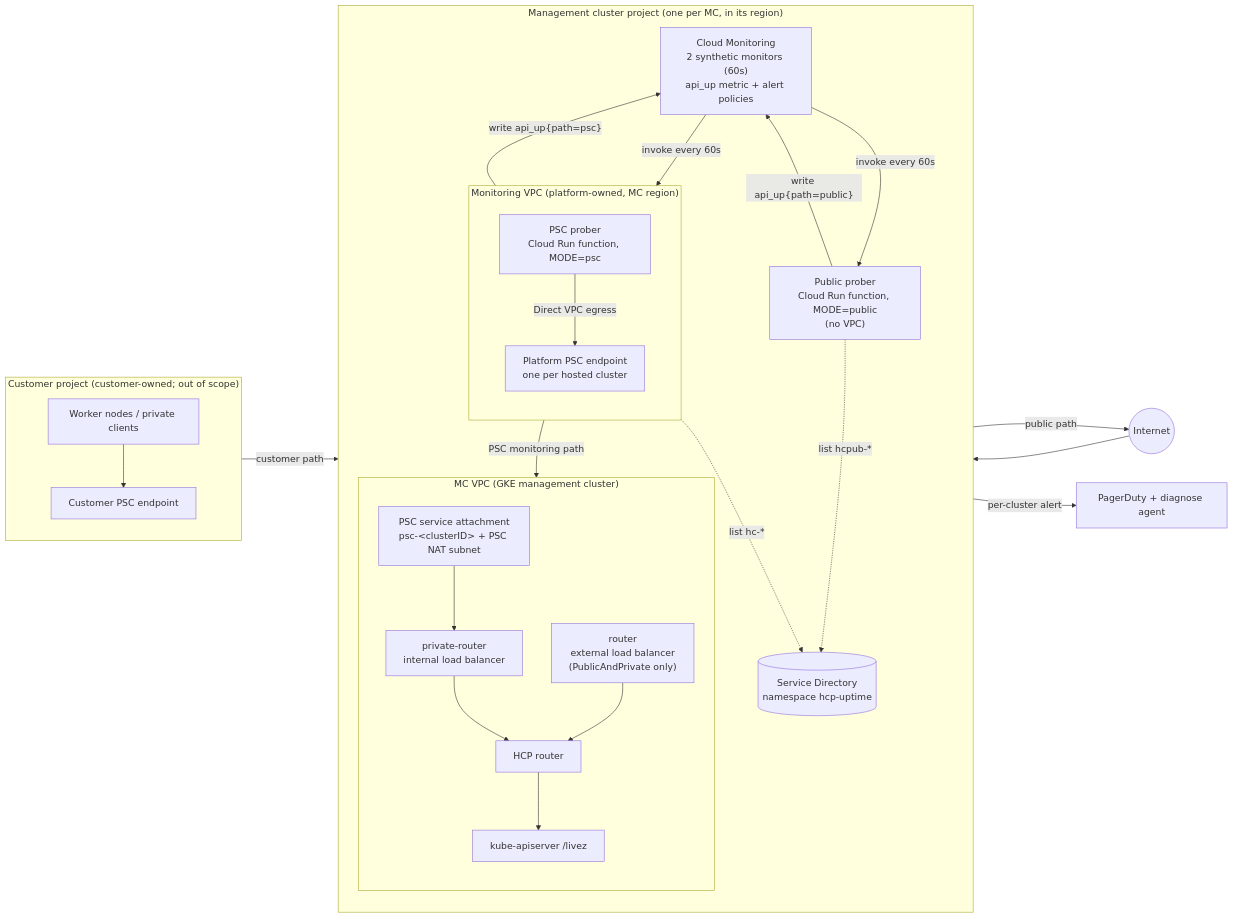
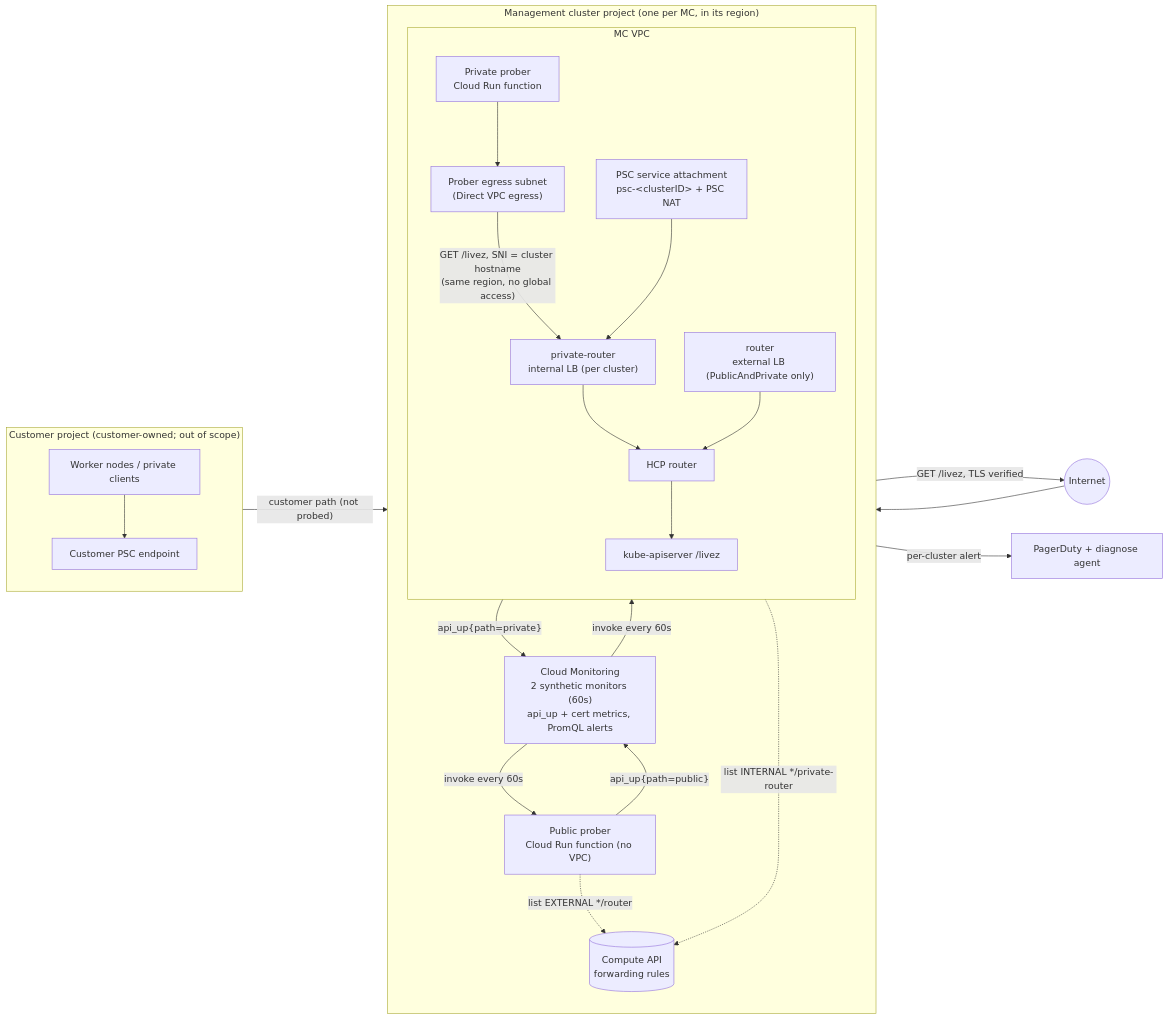
One commit to openshift-online/gcp-hcp changed the first of 2 diagrams in design-decisions/observability/hosted-cluster-api-synthetic-monitoring.md. Above: the diagram before and after it, drawn with Mermaid. The commit also changed other lines of this file and 1 other file, not shown here.

First line of the commit message:
docs(design): select load-balancer-direct probing (GCP-346)

````diff
--- a/design-decisions/observability/hosted-cluster-api-synthetic-monitoring.md
+++ b/design-decisions/observability/hosted-cluster-api-synthetic-monitoring.md
@@ -69,47 +61,43 @@
 ```mermaid
 flowchart LR
     subgraph CUST["Customer project (customer-owned; out of scope)"]
         direction TB
         NODES["Worker nodes / private clients"]
         CEP["Customer PSC endpoint"]
         NODES --> CEP
     end
 
     subgraph MC["Management cluster project (one per MC, in its region)"]
         direction TB
-        subgraph MON["Monitoring VPC (platform-owned, MC region)"]
+        subgraph MCVPC["MC VPC"]
             direction TB
-            PSCFN["PSC prober<br/>Cloud Run function, MODE=psc"]
-            MEP["Platform PSC endpoint<br/>one per hosted cluster"]
-            PSCFN -- "Direct VPC egress" --> MEP
-        end
-        subgraph MCVPC["MC VPC (GKE management cluster)"]
-            direction TB
-            SA["PSC service attachment<br/>psc-&lt;clusterID&gt; + PSC NAT subnet"]
-            ILB["private-router<br/>internal load balancer"]
-            ELB["router<br/>external load balancer<br/>(PublicAndPrivate only)"]
+            EGR["Prober egress subnet<br/>(Direct VPC egress)"]
+            PRIVFN["Private prober<br/>Cloud Run function"]
+            SA["PSC service attachment<br/>psc-&lt;clusterID&gt; + PSC NAT"]
+            ILB["private-router<br/>internal LB (per cluster)"]
+            ELB["router<br/>external LB (PublicAndPrivate only)"]
             RTR["HCP router"]
             KAS["kube-apiserver /livez"]
+            PRIVFN --> EGR
+            EGR -- "GET /livez, SNI = cluster hostname<br/>(same region, no global access)" --> ILB
             SA --> ILB --> RTR --> KAS
             ELB --> RTR
         end
-        PUBFN["Public prober<br/>Cloud Run function, MODE=public<br/>(no VPC)"]
-        SD[("Service Directory<br/>namespace hcp-uptime")]
-        CM["Cloud Monitoring<br/>2 synthetic monitors (60s)<br/>api_up metric + alert policies"]
+        PUBFN["Public prober<br/>Cloud Run function (no VPC)"]
+        FR[("Compute API<br/>forwarding rules")]
+        CM["Cloud Monitoring<br/>2 synthetic monitors (60s)<br/>api_up + cert metrics, PromQL alerts"]
     end
 
     INTERNET(("Internet"))
     PD["PagerDuty + diagnose agent"]
 
-    CEP -- "customer path" --> SA
-    MEP -- "PSC monitoring path" --> SA
-    PUBFN -- "public path" --> INTERNET --> ELB
-
-    CM -- "invoke every 60s" --> PSCFN
+    CEP -- "customer path (not probed)" --> SA
+    PUBFN -- "GET /livez, TLS verified" --> INTERNET --> ELB
+    CM -- "invoke every 60s" --> PRIVFN
     CM -- "invoke every 60s" --> PUBFN
-    PSCFN -. "list hc-*" .-> SD
-    PUBFN -. "list hcpub-*" .-> SD
-    PSCFN -- "write api_up{path=psc}" --> CM
-    PUBFN -- "write api_up{path=public}" --> CM
+    PRIVFN -. "list INTERNAL */private-router" .-> FR
+    PUBFN -. "list EXTERNAL */router" .-> FR
+    PRIVFN -- "api_up{path=private}" --> CM
+    PUBFN -- "api_up{path=public}" --> CM
     CM -- "per-cluster alert" --> PD
 ```
````
